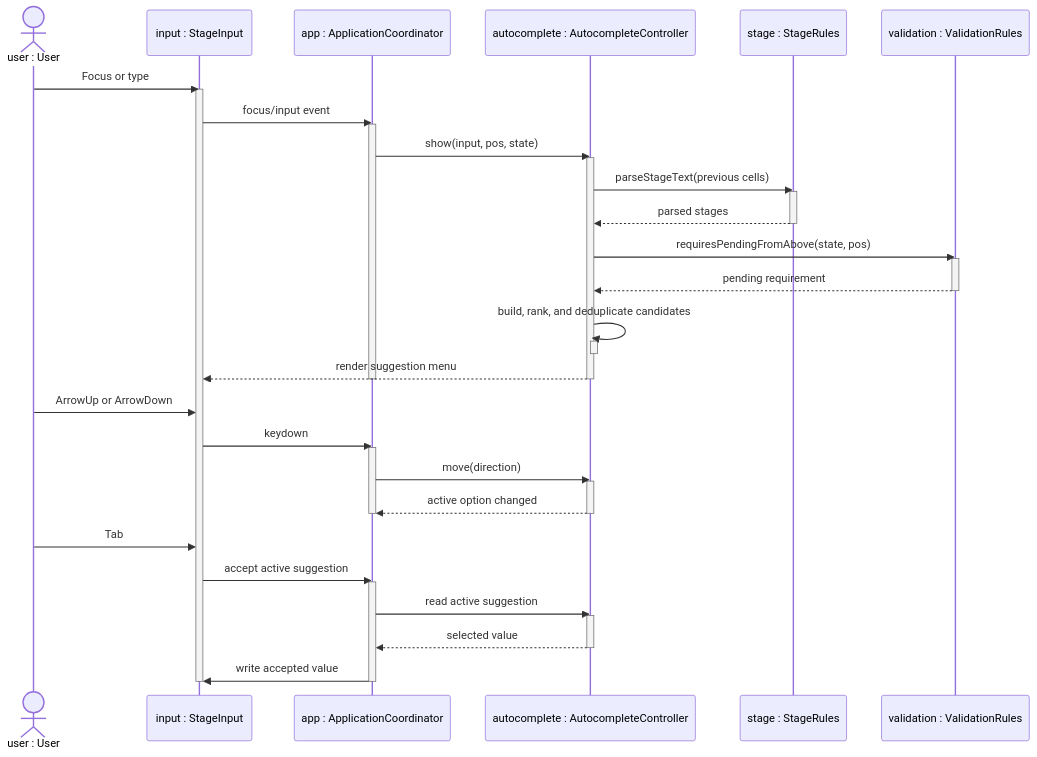
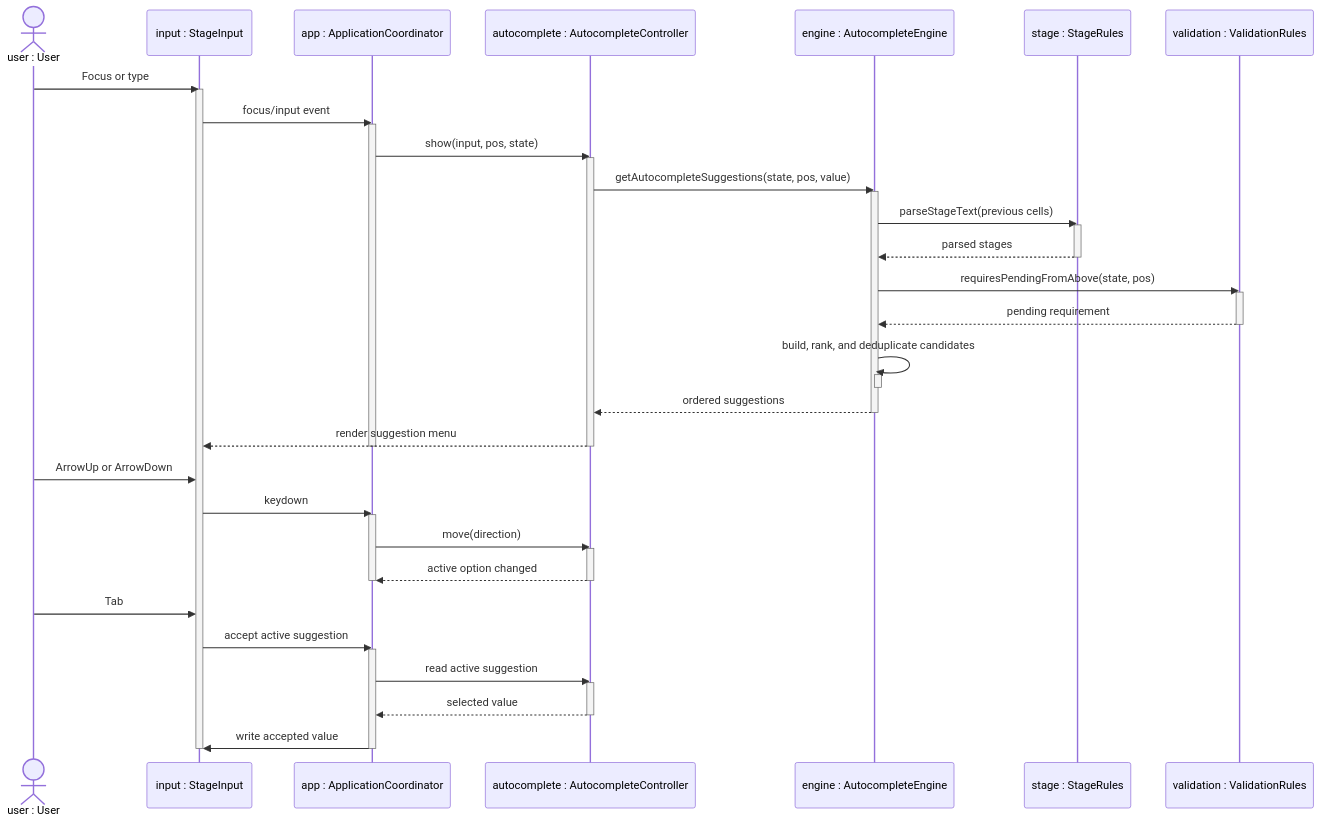
The fifth of 10 diagrams in app/docs/architecture.md (R3Neer/pipeline-table-editor), drawn with Mermaid before and after one commit. The commit also changed other lines of this file and 15 other files, not shown here.

````diff
--- a/app/docs/architecture.md
+++ b/app/docs/architecture.md
@@ -246,50 +259,55 @@
 ```mermaid
 sequenceDiagram
   actor user as user : User
   participant input as input : StageInput
   participant app as app : ApplicationCoordinator
   participant autocomplete as autocomplete : AutocompleteController
+  participant engine as engine : AutocompleteEngine
   participant stage as stage : StageRules
   participant validation as validation : ValidationRules
 
   user->>input: Focus or type
   activate input
   input->>app: focus/input event
   activate app
   app->>autocomplete: show(input, pos, state)
   activate autocomplete
-  autocomplete->>stage: parseStageText(previous cells)
+  autocomplete->>engine: getAutocompleteSuggestions(state, pos, value)
+  activate engine
+  engine->>stage: parseStageText(previous cells)
   activate stage
-  stage-->>autocomplete: parsed stages
+  stage-->>engine: parsed stages
   deactivate stage
-  autocomplete->>validation: requiresPendingFromAbove(state, pos)
+  engine->>validation: requiresPendingFromAbove(state, pos)
   activate validation
-  validation-->>autocomplete: pending requirement
+  validation-->>engine: pending requirement
   deactivate validation
-  autocomplete->>autocomplete: build, rank, and deduplicate candidates
-  activate autocomplete
-  deactivate autocomplete
+  engine->>engine: build, rank, and deduplicate candidates
+  activate engine
+  deactivate engine
+  engine-->>autocomplete: ordered suggestions
+  deactivate engine
   autocomplete-->>input: render suggestion menu
   deactivate autocomplete
   deactivate app
 
   user->>input: ArrowUp or ArrowDown
   input->>app: keydown
   activate app
   app->>autocomplete: move(direction)
   activate autocomplete
   autocomplete-->>app: active option changed
   deactivate autocomplete
   deactivate app
 
   user->>input: Tab
   input->>app: accept active suggestion
   activate app
   app->>autocomplete: read active suggestion
   activate autocomplete
   autocomplete-->>app: selected value
   deactivate autocomplete
   app->>input: write accepted value
   deactivate app
   deactivate input
 ```
````
